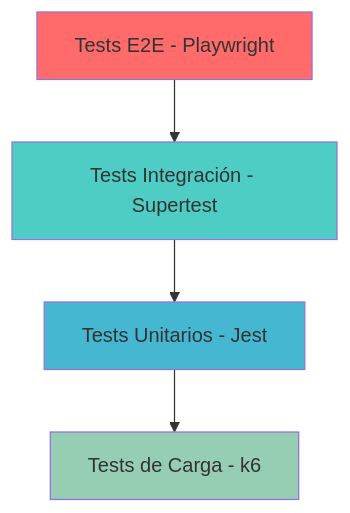
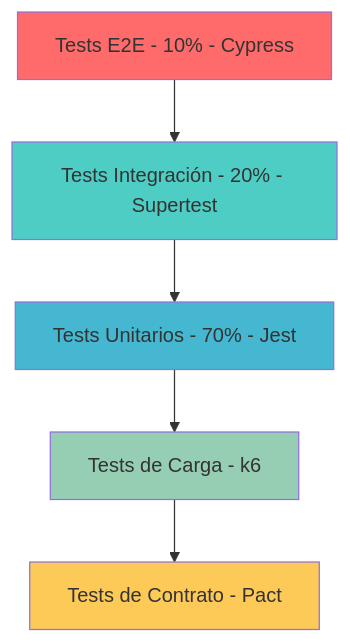
The diagram in development/testing-guide.mdx (retrogamecloud/docs), drawn with Mermaid before and after one commit. The commit also changed other lines of this file and 40 other files, not shown here.

````diff
--- a/development/testing-guide.mdx
+++ b/development/testing-guide.mdx
@@ -16,12 +15,13 @@
 ```mermaid
 graph TD
-    A[Tests E2E - Playwright] --> B[Tests Integración - Supertest]
-    B --> C[Tests Unitarios - Jest]
+    A[Tests E2E - 10% - Cypress] --> B[Tests Integración - 20% - Supertest]
+    B --> C[Tests Unitarios - 70% - Jest]
     C --> D[Tests de Carga - k6]
+    D --> E[Tests de Contrato - Pact]
 
     style A fill:#ff6b6b
     style B fill:#4ecdc4
     style C fill:#45b7d1
     style D fill:#96ceb4
-
+    style E fill:#feca57
 ```
````
